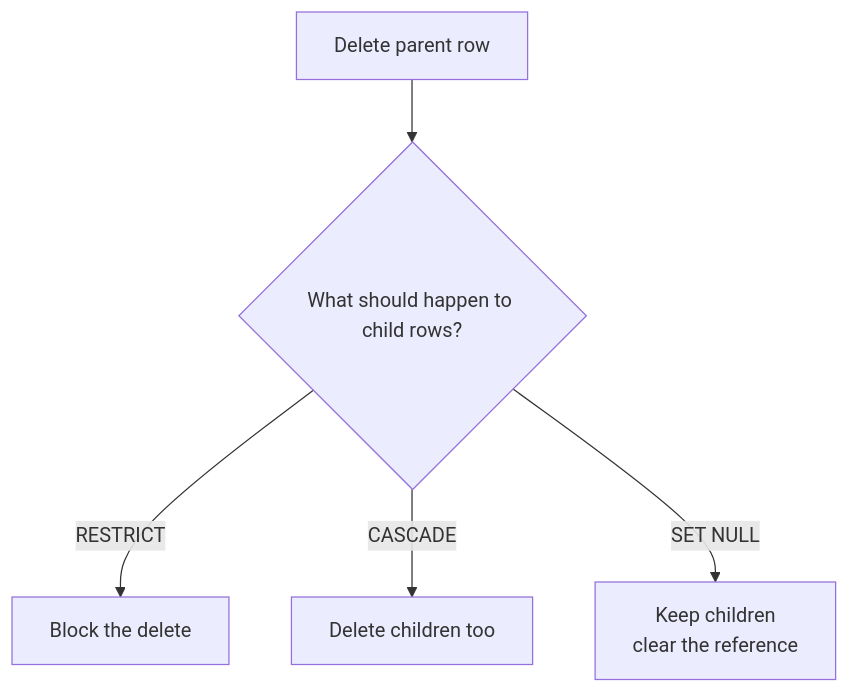
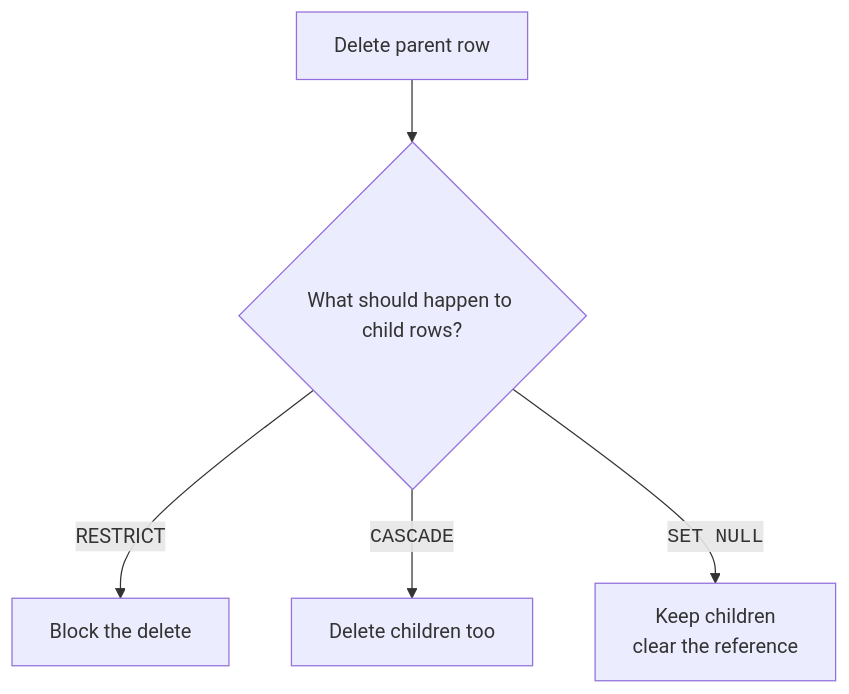
One commit to dataslope/dataslope changed the third of 8 diagrams in content/courses/database-design-postgresql/referential-integrity.mdx. Above: the diagram before and after it, drawn with Mermaid. The commit also changed other lines of this file and 283 other files, not shown here.

First line of the commit message:
Diagrams as elements, not characters: fix the box model, sweep the corpus, and make syntax breakdowns a convention (#652)

````diff
--- a/content/courses/database-design-postgresql/referential-integrity.mdx
+++ b/content/courses/database-design-postgresql/referential-integrity.mdx
@@ -92,7 +102,7 @@
 ```mermaid
 flowchart TB
     D["Delete parent row"] --> Q{"What should happen to child rows?"}
     Q -->|"RESTRICT"| R["Block the delete"]
-    Q -->|"CASCADE"| C["Delete children too"]
-    Q -->|"SET NULL"| N["Keep children<br/>clear the reference"]
+    Q -->|"<code>CASCADE</code>"| C["Delete children too"]
+    Q -->|"<code>SET NULL</code>"| N["Keep children<br/>clear the reference"]
 ```
````
